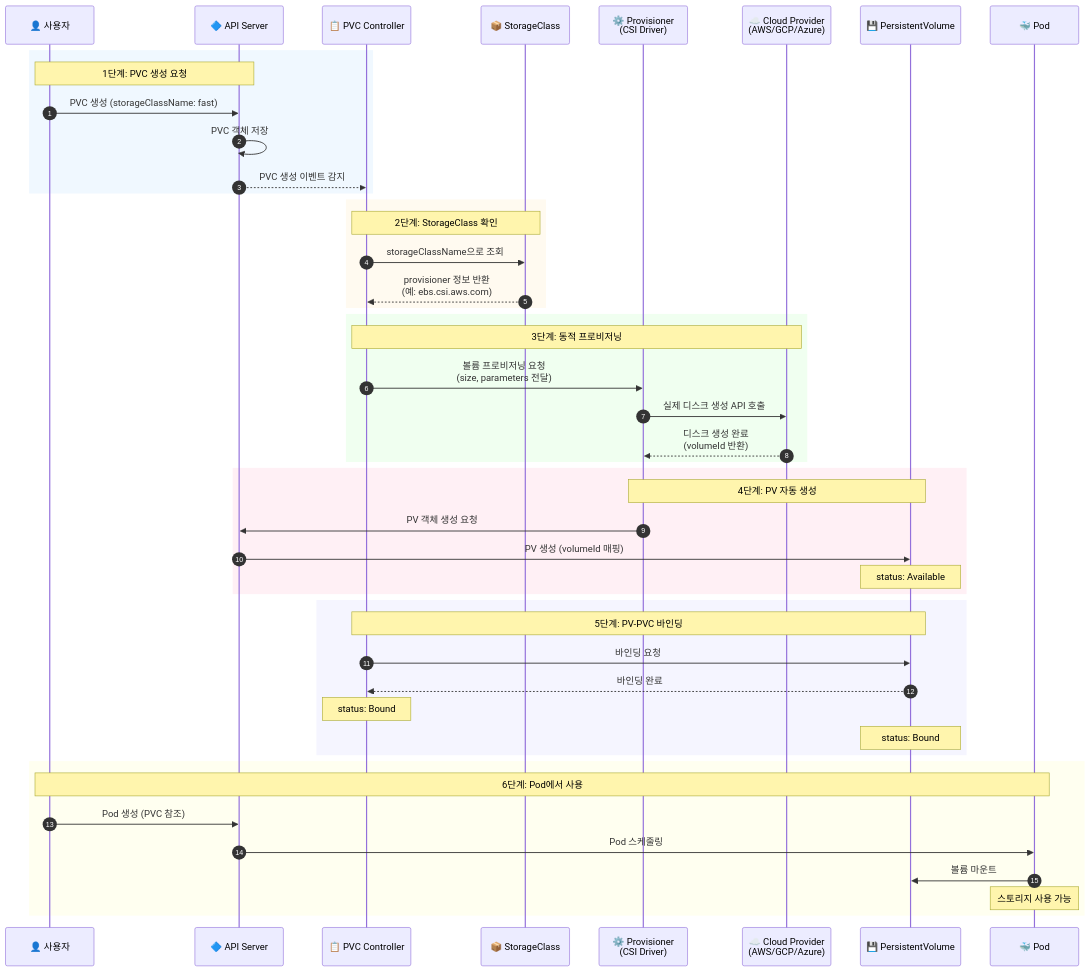
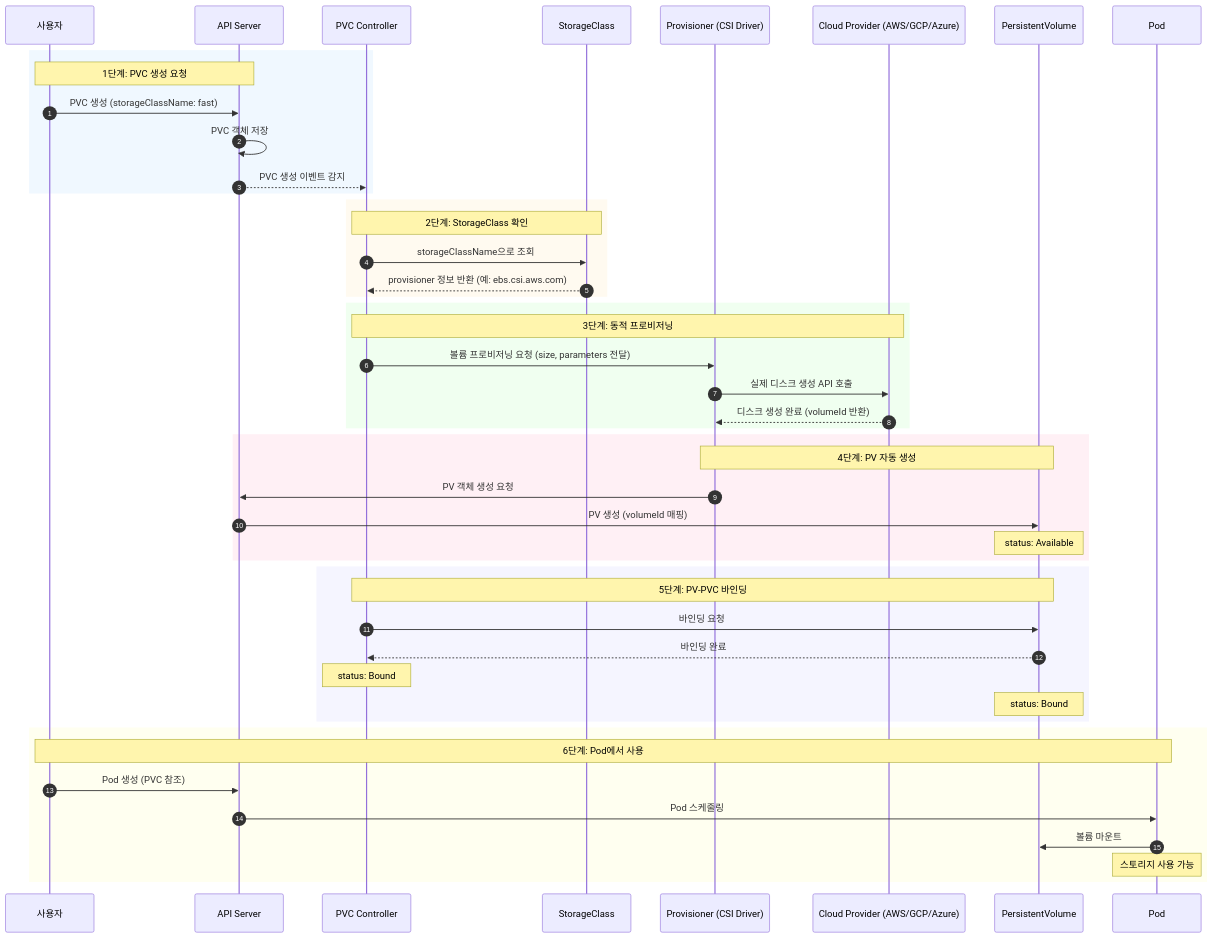
Before and after one commit to vanillacake369/vanillacake369.github.io: the second of 3 diagrams in src/content/posts/CKA - Storage PV PVC StorageClass.md, drawn with Mermaid. The commit also changed other lines of this file and 76 other files, not shown here.

````diff
--- a/src/content/posts/CKA - Storage PV PVC StorageClass.md
+++ b/src/content/posts/CKA - Storage PV PVC StorageClass.md
@@ -208,55 +210,55 @@
 ```mermaid
 sequenceDiagram
     autonumber
-    participant User as 👤 사용자
-    participant API as 🔷 API Server
-    participant PVC as 📋 PVC Controller
-    participant SC as 📦 StorageClass
-    participant Prov as ⚙️ Provisioner<br/>(CSI Driver)
-    participant Cloud as ☁️ Cloud Provider<br/>(AWS/GCP/Azure)
-    participant PV as 💾 PersistentVolume
-    participant Pod as 🐳 Pod
+    participant User as 사용자
+    participant API as API Server
+    participant PVC as PVC Controller
+    participant SC as StorageClass
+    participant Prov as Provisioner (CSI Driver)
+    participant Cloud as Cloud Provider (AWS/GCP/Azure)
+    participant PV as PersistentVolume
+    participant Pod as Pod
 
     rect rgb(240, 248, 255)
         Note over User,API: 1단계: PVC 생성 요청
         User->>API: PVC 생성 (storageClassName: fast)
         API->>API: PVC 객체 저장
         API-->>PVC: PVC 생성 이벤트 감지
     end
 
     rect rgb(255, 250, 240)
         Note over PVC,SC: 2단계: StorageClass 확인
         PVC->>SC: storageClassName으로 조회
-        SC-->>PVC: provisioner 정보 반환<br/>(예: ebs.csi.aws.com)
+        SC-->>PVC: provisioner 정보 반환 (예: ebs.csi.aws.com)
     end
 
     rect rgb(240, 255, 240)
         Note over PVC,Cloud: 3단계: 동적 프로비저닝
-        PVC->>Prov: 볼륨 프로비저닝 요청<br/>(size, parameters 전달)
+        PVC->>Prov: 볼륨 프로비저닝 요청 (size, parameters 전달)
         Prov->>Cloud: 실제 디스크 생성 API 호출
-        Cloud-->>Prov: 디스크 생성 완료<br/>(volumeId 반환)
+        Cloud-->>Prov: 디스크 생성 완료 (volumeId 반환)
     end
 
     rect rgb(255, 240, 245)
         Note over Prov,PV: 4단계: PV 자동 생성
         Prov->>API: PV 객체 생성 요청
         API->>PV: PV 생성 (volumeId 매핑)
         Note over PV: status: Available
     end
 
     rect rgb(245, 245, 255)
         Note over PVC,PV: 5단계: PV-PVC 바인딩
         PVC->>PV: 바인딩 요청
         PV-->>PVC: 바인딩 완료
         Note over PVC: status: Bound
         Note over PV: status: Bound
     end
 
     rect rgb(255, 255, 240)
         Note over User,Pod: 6단계: Pod에서 사용
         User->>API: Pod 생성 (PVC 참조)
         API->>Pod: Pod 스케줄링
         Pod->>PV: 볼륨 마운트
         Note over Pod: 스토리지 사용 가능
     end
 ```
````
